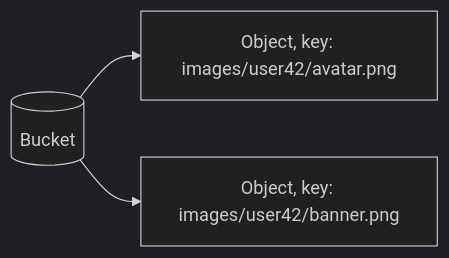
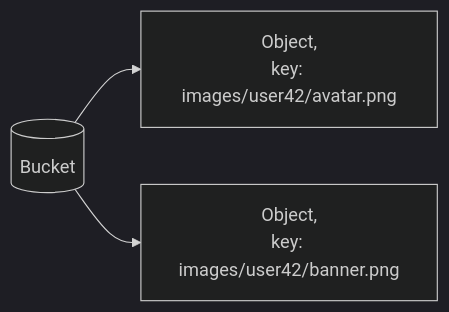
One commit to zirachw/LockedIn changed the third of 3 diagrams in system-design/storage/object-storage.md. Above: the diagram before and after it, drawn with Mermaid (dark theme).

Commit message:
feat: adjust object storage

````diff
--- a/system-design/storage/object-storage.md
+++ b/system-design/storage/object-storage.md
@@ -37,5 +37,5 @@
 ```mermaid
 flowchart LR
-    B[(Bucket)] --> O1["Object, key: images/user42/avatar.png"]
-    B --> O2["Object, key: images/user42/banner.png"]
+    B[(Bucket)] --> O1["Object,<br/>key: images/user42/avatar.png"]
+    B --> O2["Object,<br/>key: images/user42/banner.png"]
 ```
````
